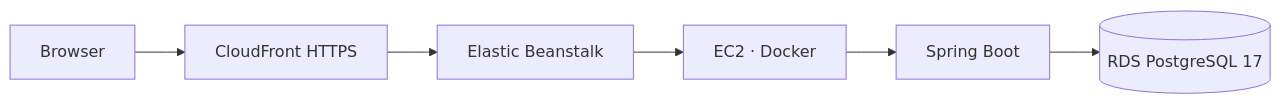
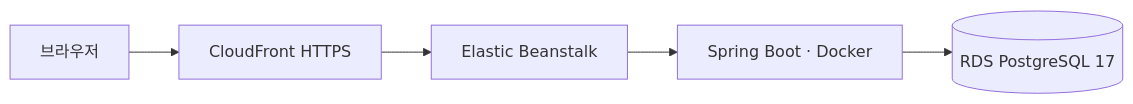
The diagram in docs/deployment.md (kimsooin77/Sync), drawn with Mermaid before and after one commit. The commit also changed other lines of this file and 3 other files, not shown here.

````diff
--- a/docs/deployment.md
+++ b/docs/deployment.md
@@ -5,8 +5,7 @@
 ```mermaid
 flowchart LR
-    Browser[Browser] --> CloudFront[CloudFront HTTPS]
+    Browser[브라우저] --> CloudFront[CloudFront HTTPS]
     CloudFront --> EB[Elastic Beanstalk]
-    EB --> EC2[EC2 · Docker]
-    EC2 --> App[Spring Boot]
+    EB --> App[Spring Boot · Docker]
     App --> RDS[(RDS PostgreSQL 17)]
 ```
````
